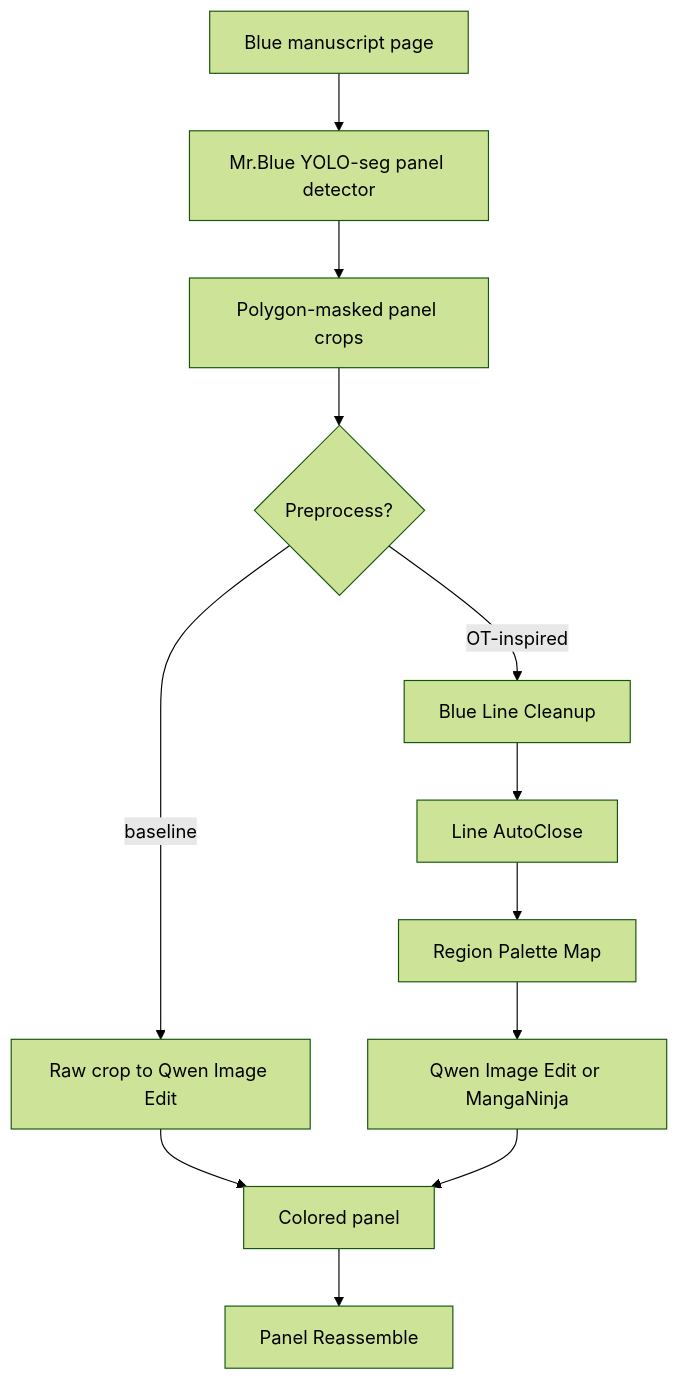
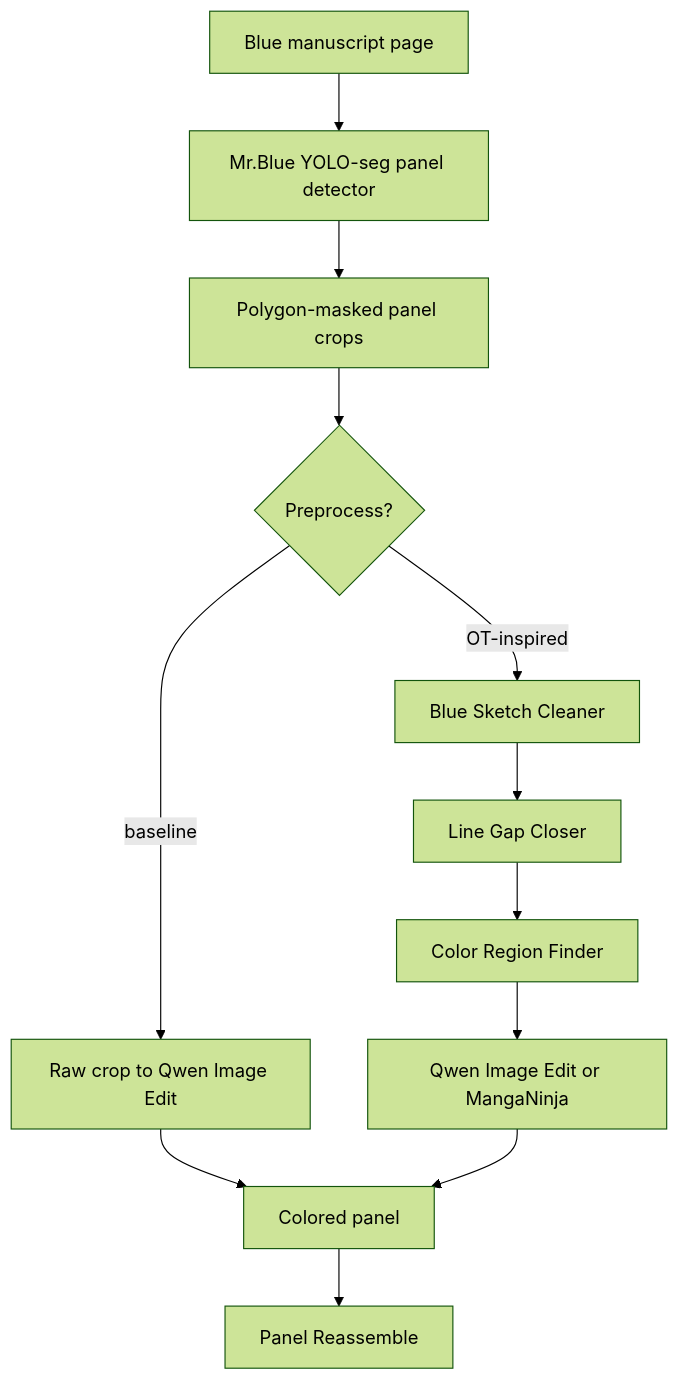
The first of 3 diagrams in docs/visual_pipeline.md (l2dnjsrud/ComfyUI-OpenToonzLineTools), drawn with Mermaid (forest theme) before and after one commit. The commit also changed other lines of this file and 3 other files, not shown here.

````diff
--- a/docs/visual_pipeline.md
+++ b/docs/visual_pipeline.md
@@ -10,14 +10,14 @@
 ```mermaid
 flowchart TD
     A[Blue manuscript page] --> B[Mr.Blue YOLO-seg panel detector]
     B --> C[Polygon-masked panel crops]
     C --> D{Preprocess?}
     D -->|baseline| E[Raw crop to Qwen Image Edit]
-    D -->|OT-inspired| F[Blue Line Cleanup]
-    F --> G[Line AutoClose]
-    G --> H[Region Palette Map]
+    D -->|OT-inspired| F[Blue Sketch Cleaner]
+    F --> G[Line Gap Closer]
+    G --> H[Color Region Finder]
     H --> I[Qwen Image Edit or MangaNinja]
     E --> J[Colored panel]
     I --> J
     J --> K[Panel Reassemble]
 ```
````
